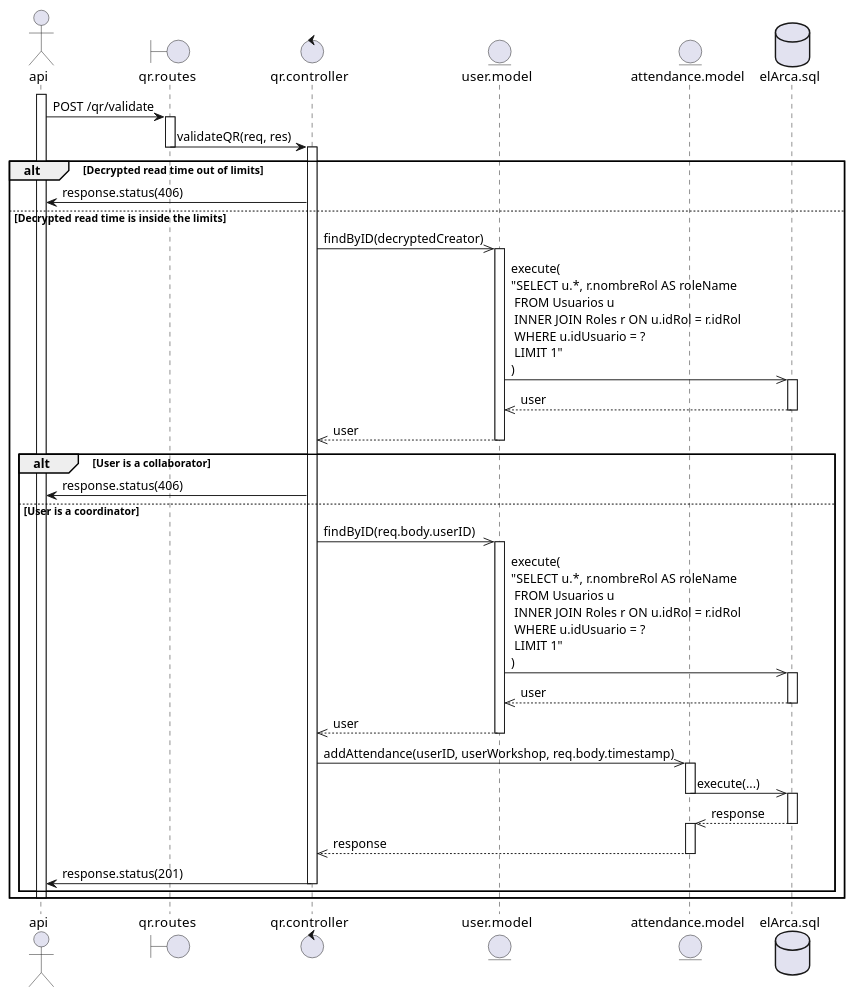
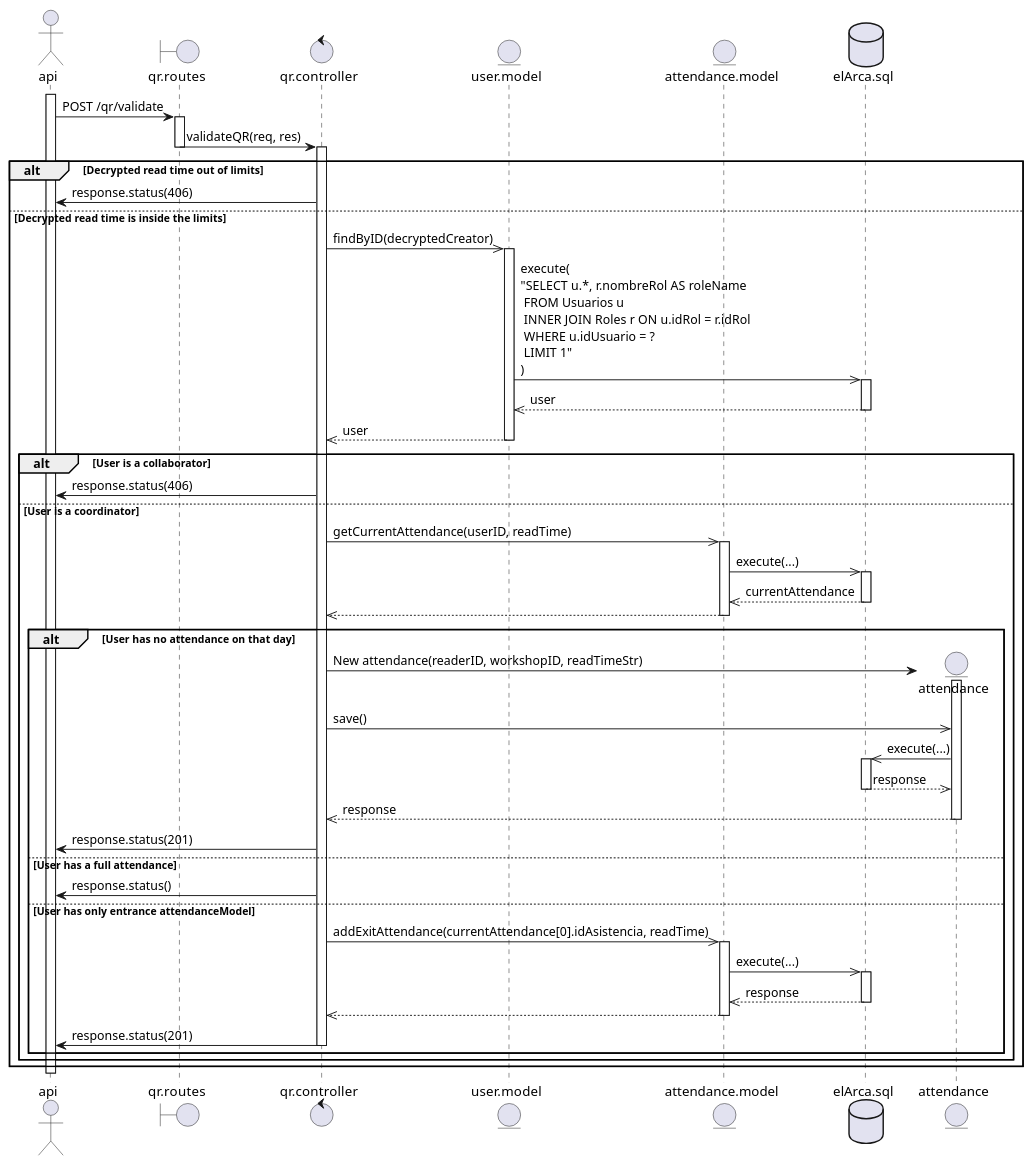
One commit to OlimpoHub/backend changed the diagram in Diagrams/qrValidate.puml. Above: the diagram before and after it, drawn with PlantUML. The commit also changed 6 other files, not shown here.

```diff
--- a/Diagrams/qrValidate.puml
+++ b/Diagrams/qrValidate.puml
@@ -1,77 +1,78 @@
 @startuml
 actor api
 boundary qr.routes as routes
 control qr.controller as controller
 entity user.model as model
 entity attendance.model as attendanceModel
 database elArca.sql as db
 
 activate api
 api -> routes: POST /qr/validate
 
 activate routes
 routes -> controller: validateQR(req, res)
 deactivate routes
 
 activate controller
 
 alt Decrypted read time out of limits
     controller -> api: response.status(406)
 else Decrypted read time is inside the limits
 
     controller ->> model: findByID(decryptedCreator)
     activate model
 
     model ->> db: execute(\n"SELECT u.*, r.nombreRol AS roleName \n FROM Usuarios u \n INNER JOIN Roles r ON u.idRol = r.idRol \n WHERE u.idUsuario = ? \n LIMIT 1"\n)
 
     activate db
 
     db -->> model: user
     deactivate db
 
     model -->> controller: user
     deactivate model
 
     alt User is a collaborator
         controller -> api: response.status(406)
     else User is a coordinator
     
-        controller ->> model: findByID(req.body.userID)
-        activate model
-    
-        model ->> db: execute(\n"SELECT u.*, r.nombreRol AS roleName \n FROM Usuarios u \n INNER JOIN Roles r ON u.idRol = r.idRol \n WHERE u.idUsuario = ? \n LIMIT 1"\n)
-    
+        controller ->> attendanceModel: getCurrentAttendance(userID, readTime)
+        activate attendanceModel
+        attendanceModel ->> db: execute(...)
         activate db
-    
-        db -->> model: user
+        db -->> attendanceModel: currentAttendance
         deactivate db
-    
-        model -->> controller: user
-        deactivate model
-    
-        controller ->> attendanceModel: addAttendance(userID, userWorkshop, req.body.timestamp)
-        
-        activate attendanceModel
-        
-        attendanceModel ->> db: execute(...)
+        attendanceModel -->> controller
         deactivate attendanceModel
         
-        activate db
-        
-        db -->> attendanceModel: response
-        deactivate db
-        
-        activate attendanceModel
-        
-        attendanceModel -->> controller: response
-        deactivate attendanceModel
-        
-        controller -> api: response.status(201)
-        deactivate controller
+        alt User has no attendance on that day
+            create entity attendance
+            controller -> attendance: New attendance(readerID, workshopID, readTimeStr)
+            activate attendance
+            controller ->> attendance: save()
+            attendance ->> db: execute(...)
+            activate db
+            db -->> attendance: response
+            deactivate db
+            attendance -->> controller: response
+            deactivate attendance
+            controller -> api: response.status(201)
+        else User has a full attendance
+            controller -> api: response.status()
+        else User has only entrance attendanceModel
+            controller ->> attendanceModel: addExitAttendance(currentAttendance[0].idAsistencia, readTime)
+            activate attendanceModel
+            attendanceModel ->> db: execute(...)
+            activate db
+            db -->> attendanceModel: response
+            deactivate db
+            attendanceModel -->> controller
+            deactivate attendanceModel
+            controller -> api: response.status(201)
+            deactivate controller
+        end
     end
-
-    deactivate api
-
 end
+deactivate api
 
 @enduml
```
